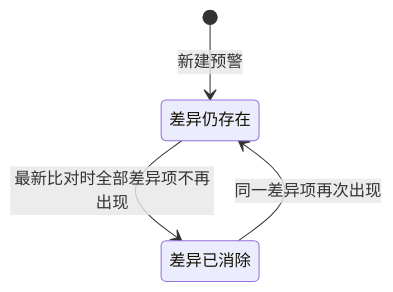
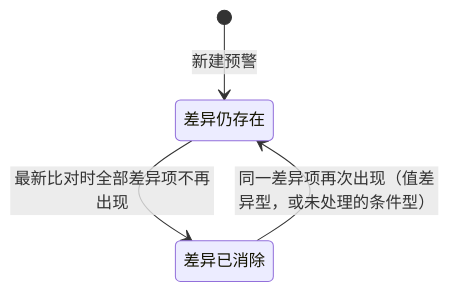
The third of 7 diagrams in asset-trust-platform/PRD/运营端/M8-风控预警与三方数据源/02-风控预警与三方数据源-流程图与状态机.md (wxblockchain/Chain-Financing), drawn with Mermaid before and after one commit. The commit also changed other lines of this file and 16 other files, not shown here.

````diff
--- a/asset-trust-platform/PRD/运营端/M8-风控预警与三方数据源/02-风控预警与三方数据源-流程图与状态机.md
+++ b/asset-trust-platform/PRD/运营端/M8-风控预警与三方数据源/02-风控预警与三方数据源-流程图与状态机.md
@@ -60,6 +58,6 @@
 ```mermaid
 stateDiagram-v2
     [*] --> 差异仍存在: 新建预警
     差异仍存在 --> 差异已消除: 最新比对时全部差异项不再出现
-    差异已消除 --> 差异仍存在: 同一差异项再次出现
+    差异已消除 --> 差异仍存在: 同一差异项再次出现（值差异型，或未处理的条件型）
 ```
````
